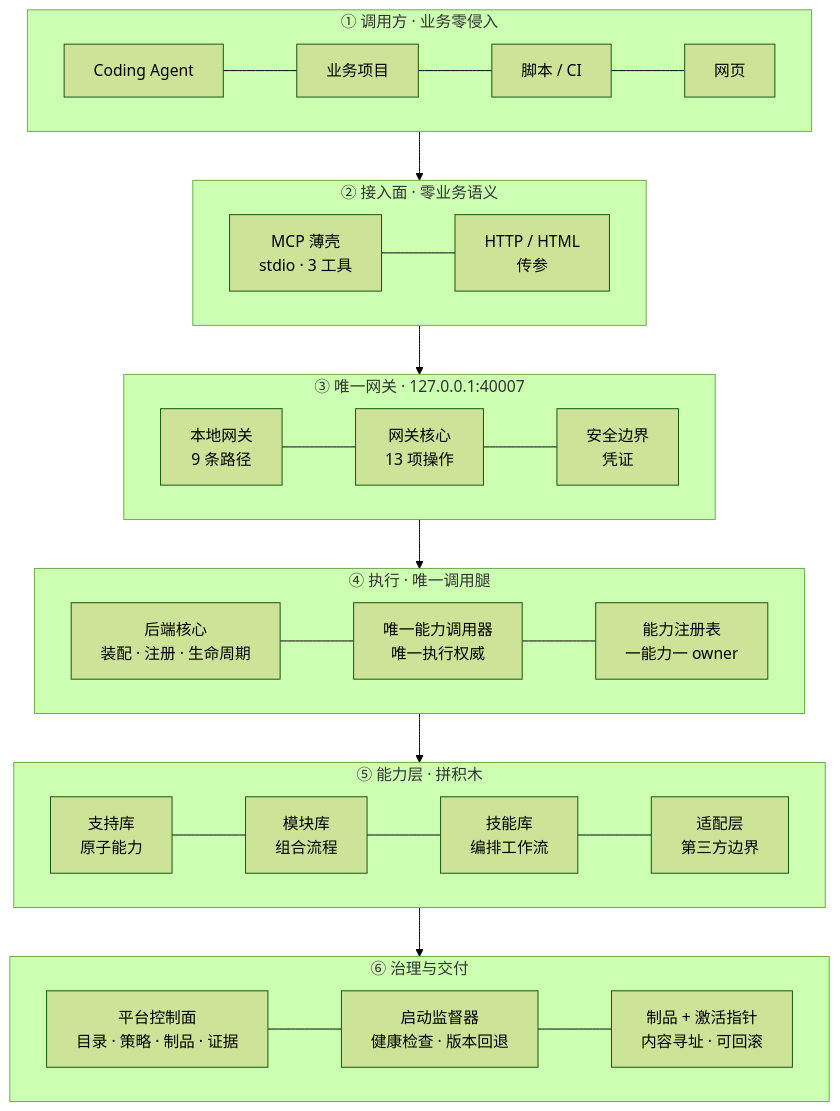
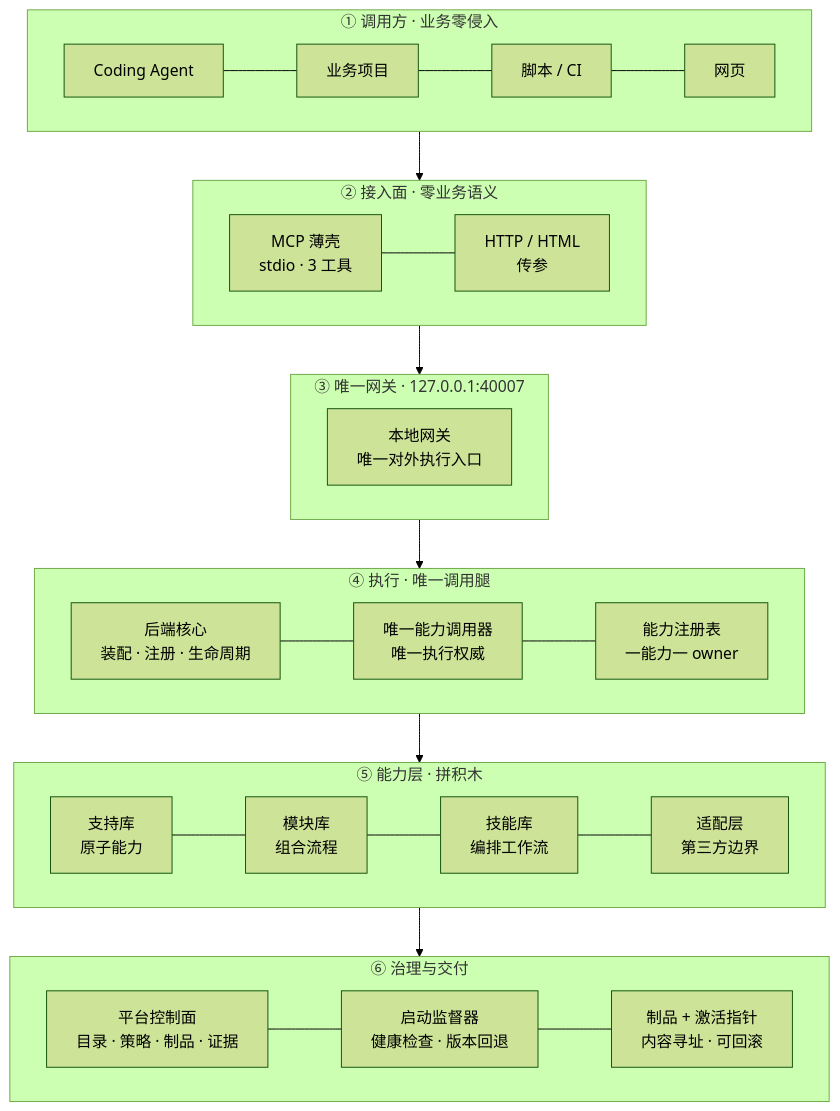
Before and after one commit to kunhua-he/system-engineering-platform: the first of 3 diagrams in README.md, drawn with Mermaid (forest theme). The commit also changed other lines of this file, not shown here.

First line of the commit message:
README：图例改 ABC、网关层收敛为唯一入口、补跨语言调用与第三方依赖章节

````diff
--- a/README.md
+++ b/README.md
@@ -60,35 +60,35 @@
 ```mermaid
 flowchart TB
     subgraph L1["① 调用方 · 业务零侵入"]
         direction LR
         A1["Coding Agent"] --- A2["业务项目"] --- A3["脚本 / CI"] --- A4["网页"]
     end
 
     subgraph L2["② 接入面 · 零业务语义"]
         direction LR
         B1["MCP 薄壳<br/>stdio · 3 工具"] --- B2["HTTP / HTML<br/>传参"]
     end
 
     subgraph L3["③ 唯一网关 · 127.0.0.1:40007"]
         direction LR
-        C1["本地网关<br/>9 条路径"] --- C2["网关核心<br/>13 项操作"] --- C3["安全边界<br/>凭证"]
+        C1["本地网关<br/>唯一对外执行入口"]
     end
 
     subgraph L4["④ 执行 · 唯一调用腿"]
         direction LR
         D1["后端核心<br/>装配 · 注册 · 生命周期"] --- D2["唯一能力调用器<br/>唯一执行权威"] --- D3["能力注册表<br/>一能力一 owner"]
     end
 
     subgraph L5["⑤ 能力层 · 拼积木"]
         direction LR
         E1["支持库<br/>原子能力"] --- E2["模块库<br/>组合流程"] --- E3["技能库<br/>编排工作流"] --- E4["适配层<br/>第三方边界"]
     end
 
     subgraph L6["⑥ 治理与交付"]
         direction LR
         F1["平台控制面<br/>目录 · 策略 · 制品 · 证据"] --- F2["启动监督器<br/>健康检查 · 版本回退"] --- F3["制品 + 激活指针<br/>内容寻址 · 可回滚"]
     end
 
     L1 --> L2 --> L3 --> L4 --> L5 --> L6
 
 ```
````
